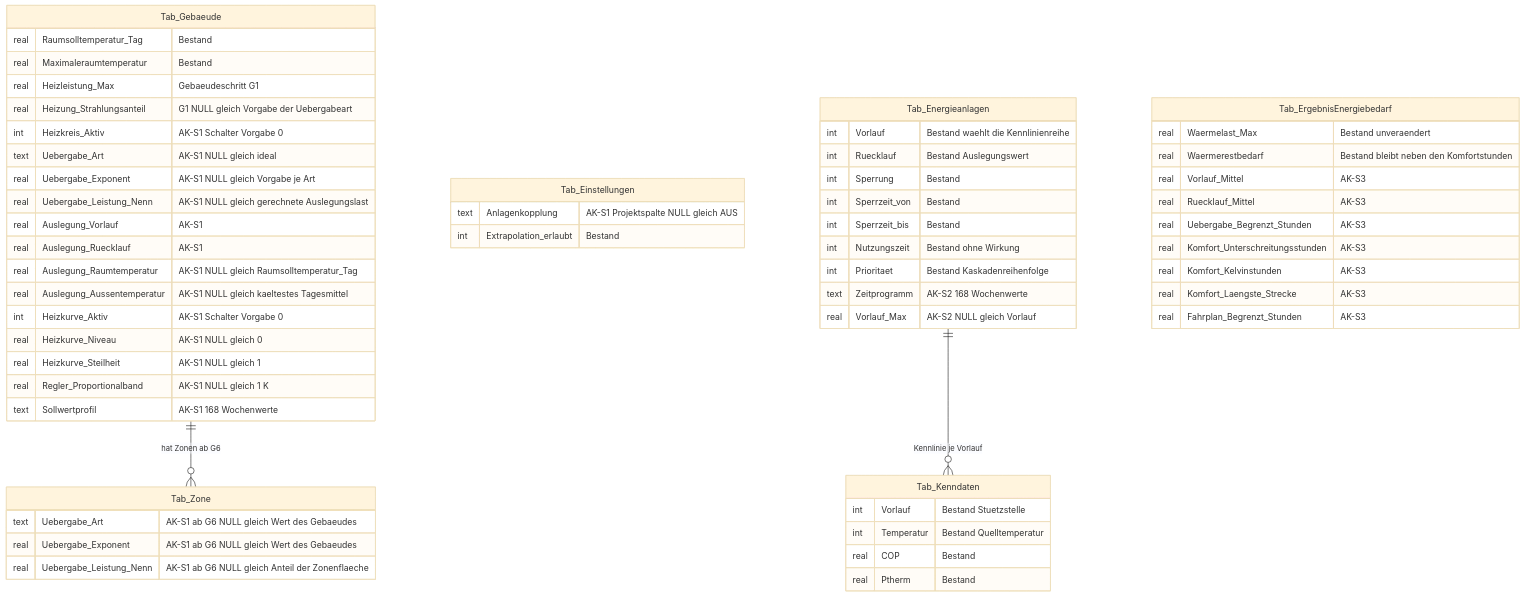
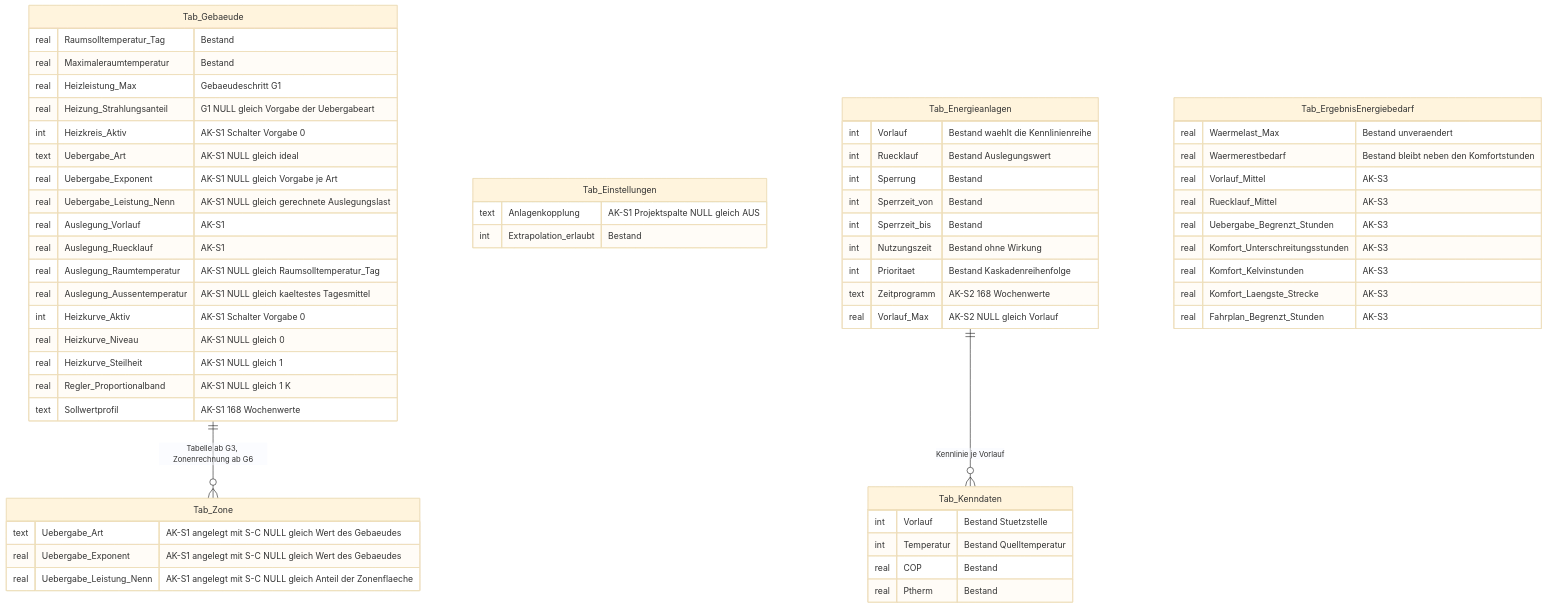
The third of 4 diagrams in Dokumentation/aktuell/Konzept_Anlagenkopplung_Gebaeudesimulation_EPOS-Plan.md (inekon/EPOS-Plan), drawn with Mermaid (base theme) before and after one commit. The commit also changed other lines of this file and 2 other files, not shown here.

````diff
--- a/Dokumentation/aktuell/Konzept_Anlagenkopplung_Gebaeudesimulation_EPOS-Plan.md
+++ b/Dokumentation/aktuell/Konzept_Anlagenkopplung_Gebaeudesimulation_EPOS-Plan.md
@@ -1295,61 +1304,61 @@
 ```mermaid
 erDiagram
-    Tab_Gebaeude ||--o{ Tab_Zone : "hat Zonen ab G6"
+    Tab_Gebaeude ||--o{ Tab_Zone : "Tabelle ab G3, Zonenrechnung ab G6"
     Tab_Gebaeude {
         real Raumsolltemperatur_Tag "Bestand"
         real Maximaleraumtemperatur "Bestand"
         real Heizleistung_Max "Gebaeudeschritt G1"
         real Heizung_Strahlungsanteil "G1 NULL gleich Vorgabe der Uebergabeart"
         int Heizkreis_Aktiv "AK-S1 Schalter Vorgabe 0"
         text Uebergabe_Art "AK-S1 NULL gleich ideal"
         real Uebergabe_Exponent "AK-S1 NULL gleich Vorgabe je Art"
         real Uebergabe_Leistung_Nenn "AK-S1 NULL gleich gerechnete Auslegungslast"
         real Auslegung_Vorlauf "AK-S1"
         real Auslegung_Ruecklauf "AK-S1"
         real Auslegung_Raumtemperatur "AK-S1 NULL gleich Raumsolltemperatur_Tag"
         real Auslegung_Aussentemperatur "AK-S1 NULL gleich kaeltestes Tagesmittel"
         int Heizkurve_Aktiv "AK-S1 Schalter Vorgabe 0"
         real Heizkurve_Niveau "AK-S1 NULL gleich 0"
         real Heizkurve_Steilheit "AK-S1 NULL gleich 1"
         real Regler_Proportionalband "AK-S1 NULL gleich 1 K"
         text Sollwertprofil "AK-S1 168 Wochenwerte"
     }
     Tab_Zone {
-        text Uebergabe_Art "AK-S1 ab G6 NULL gleich Wert des Gebaeudes"
-        real Uebergabe_Exponent "AK-S1 ab G6 NULL gleich Wert des Gebaeudes"
-        real Uebergabe_Leistung_Nenn "AK-S1 ab G6 NULL gleich Anteil der Zonenflaeche"
+        text Uebergabe_Art "AK-S1 angelegt mit S-C NULL gleich Wert des Gebaeudes"
+        real Uebergabe_Exponent "AK-S1 angelegt mit S-C NULL gleich Wert des Gebaeudes"
+        real Uebergabe_Leistung_Nenn "AK-S1 angelegt mit S-C NULL gleich Anteil der Zonenflaeche"
     }
     Tab_Einstellungen {
         text Anlagenkopplung "AK-S1 Projektspalte NULL gleich AUS"
         int Extrapolation_erlaubt "Bestand"
     }
     Tab_Energieanlagen ||--o{ Tab_Kenndaten : "Kennlinie je Vorlauf"
     Tab_Energieanlagen {
         int Vorlauf "Bestand waehlt die Kennlinienreihe"
         int Ruecklauf "Bestand Auslegungswert"
         int Sperrung "Bestand"
         int Sperrzeit_von "Bestand"
         int Sperrzeit_bis "Bestand"
         int Nutzungszeit "Bestand ohne Wirkung"
         int Prioritaet "Bestand Kaskadenreihenfolge"
         text Zeitprogramm "AK-S2 168 Wochenwerte"
         real Vorlauf_Max "AK-S2 NULL gleich Vorlauf"
     }
     Tab_Kenndaten {
         int Vorlauf "Bestand Stuetzstelle"
         int Temperatur "Bestand Quelltemperatur"
         real COP "Bestand"
         real Ptherm "Bestand"
     }
     Tab_ErgebnisEnergiebedarf {
         real Waermelast_Max "Bestand unveraendert"
         real Waermerestbedarf "Bestand bleibt neben den Komfortstunden"
         real Vorlauf_Mittel "AK-S3"
         real Ruecklauf_Mittel "AK-S3"
         real Uebergabe_Begrenzt_Stunden "AK-S3"
         real Komfort_Unterschreitungsstunden "AK-S3"
         real Komfort_Kelvinstunden "AK-S3"
         real Komfort_Laengste_Strecke "AK-S3"
         real Fahrplan_Begrenzt_Stunden "AK-S3"
     }
 ```
````
